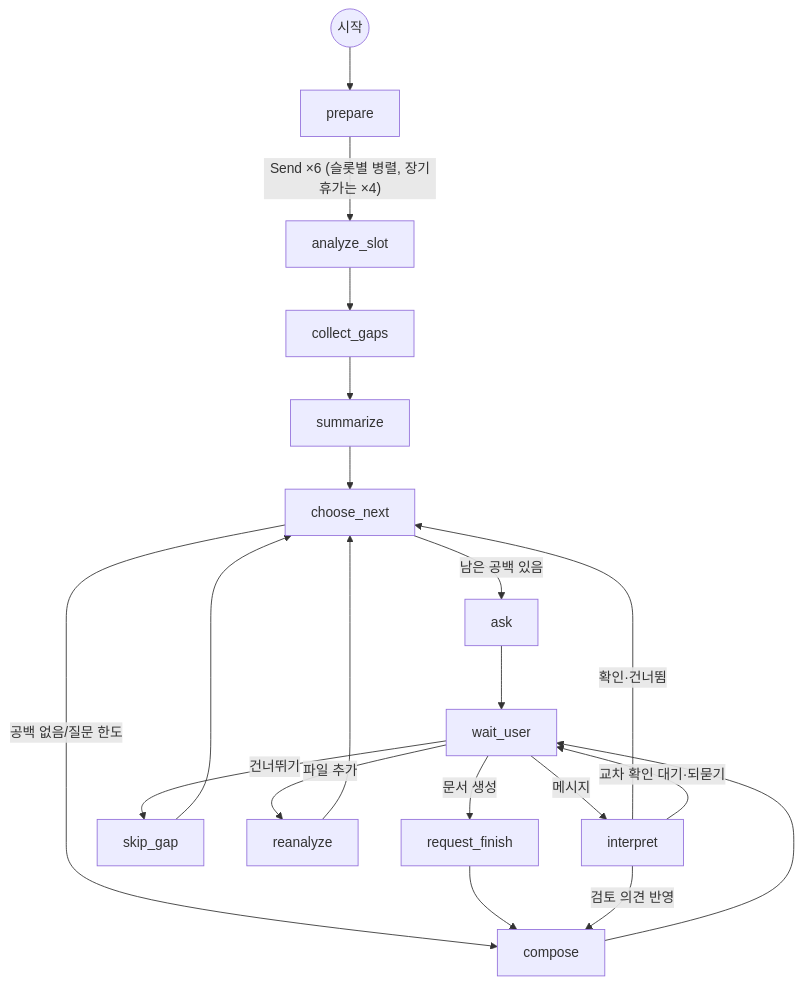
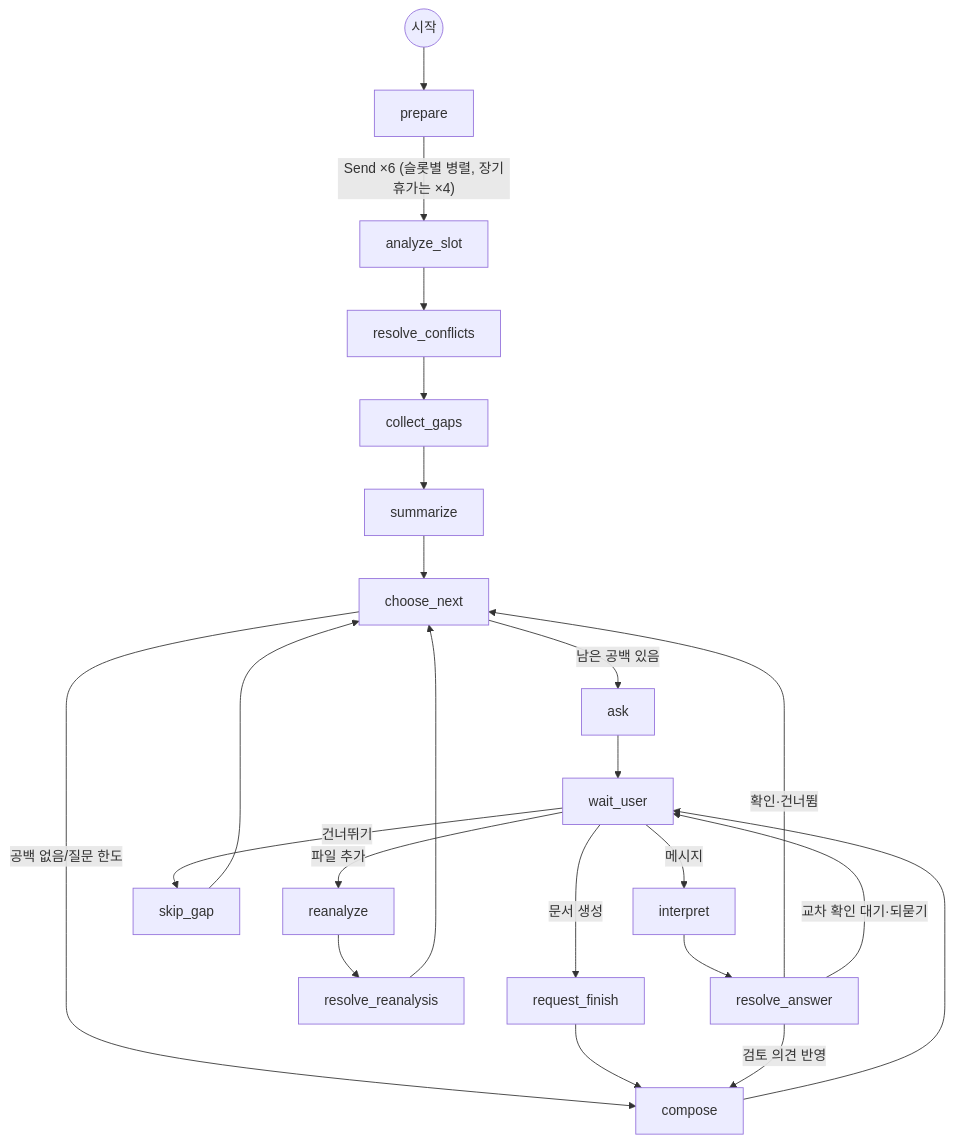
One commit to AMIGO-KFTC/AI changed the second of 2 diagrams in README.md. Above: the diagram before and after it, drawn with Mermaid. The commit also changed other lines of this file and 10 other files, not shown here.

First line of the commit message:
정보 충돌 우선순위 규칙과 resolve_conflicts 노드 추가

````diff
--- a/README.md
+++ b/README.md
@@ -420,17 +422,17 @@
 ```mermaid
 graph TD
   START((시작)) --> prepare
   prepare -- "Send ×6 (슬롯별 병렬, 장기휴가는 ×4)" --> analyze_slot
-  analyze_slot --> collect_gaps --> summarize --> choose_next
+  analyze_slot --> resolve_conflicts --> collect_gaps --> summarize --> choose_next
   choose_next -- 남은 공백 있음 --> ask --> wait_user
   choose_next -- 공백 없음/질문 한도 --> compose
-  wait_user -- 메시지 --> interpret
+  wait_user -- 메시지 --> interpret --> resolve_answer
   wait_user -- 건너뛰기 --> skip_gap --> choose_next
-  wait_user -- 파일 추가 --> reanalyze
+  wait_user -- 파일 추가 --> reanalyze --> resolve_reanalysis
   wait_user -- 문서 생성 --> request_finish --> compose
-  interpret -- 확인·건너뜀 --> choose_next
-  interpret -- 교차 확인 대기·되묻기 --> wait_user
-  interpret -- 검토 의견 반영 --> compose
-  reanalyze --> choose_next
+  resolve_answer -- 확인·건너뜀 --> choose_next
+  resolve_answer -- 교차 확인 대기·되묻기 --> wait_user
+  resolve_answer -- 검토 의견 반영 --> compose
+  resolve_reanalysis --> choose_next
   compose --> wait_user
 ```
````
